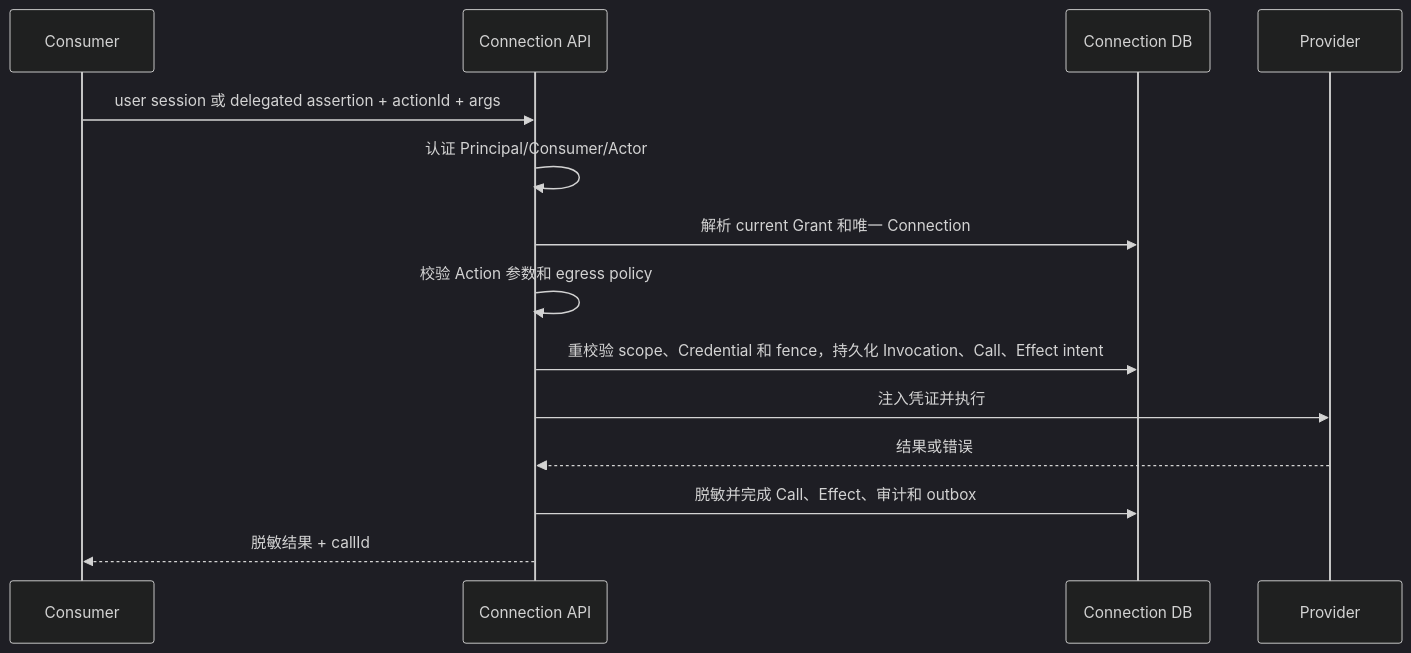
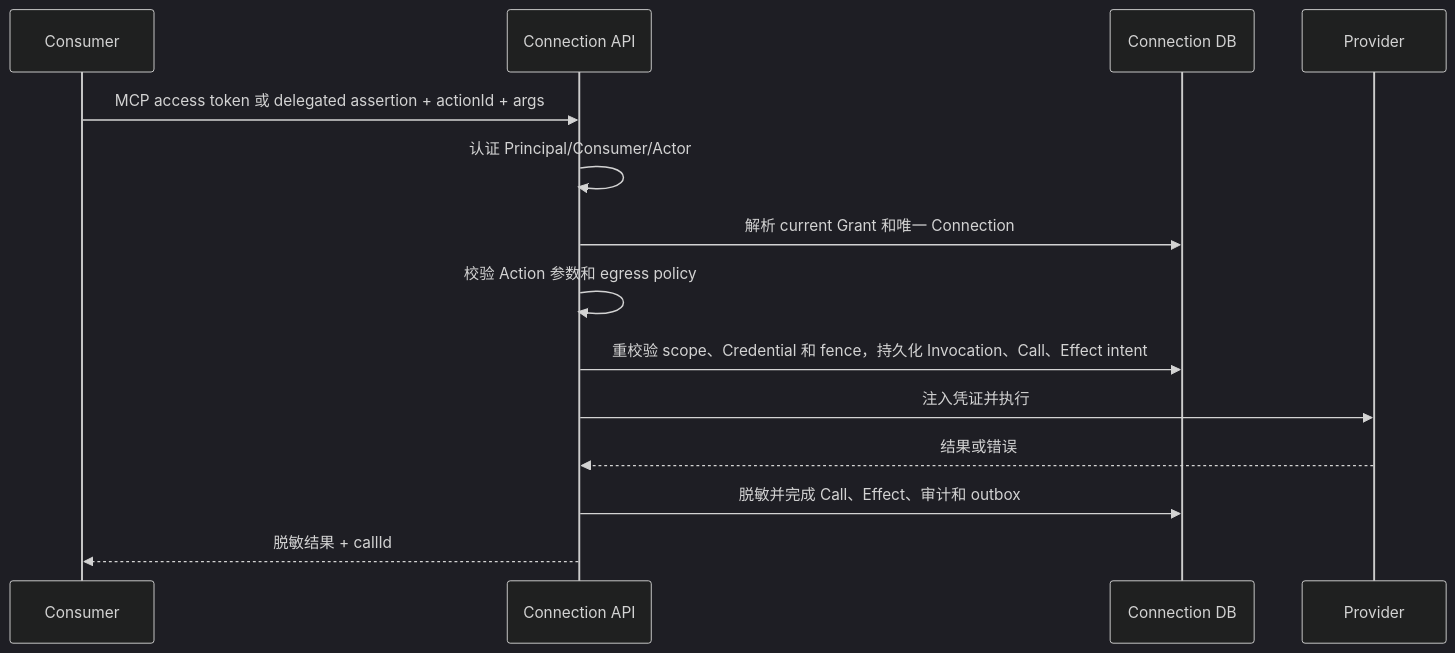
The third of 3 diagrams in docs/architecture/SPEC-agent-infra-M1-engineering-architecture.md (AgoraIO-Extensions/agent-infra), drawn with Mermaid (dark theme) before and after one commit. The commit also changed 2 other files, not shown here.

Commit message:
docs: close Connection security review gaps

````diff
--- a/docs/architecture/SPEC-agent-infra-M1-engineering-architecture.md
+++ b/docs/architecture/SPEC-agent-infra-M1-engineering-architecture.md
@@ -481,17 +481,17 @@
 ```mermaid
 sequenceDiagram
     participant P as Consumer
     participant C as Connection API
     participant D as Connection DB
     participant X as Provider
 
-    P->>C: user session 或 delegated assertion + actionId + args
+    P->>C: MCP access token 或 delegated assertion + actionId + args
     C->>C: 认证 Principal/Consumer/Actor
     C->>D: 解析 current Grant 和唯一 Connection
     C->>C: 校验 Action 参数和 egress policy
     C->>D: 重校验 scope、Credential 和 fence，持久化 Invocation、Call、Effect intent
     C->>X: 注入凭证并执行
     X-->>C: 结果或错误
     C->>D: 脱敏并完成 Call、Effect、审计和 outbox
     C-->>P: 脱敏结果 + callId
 ```
````
